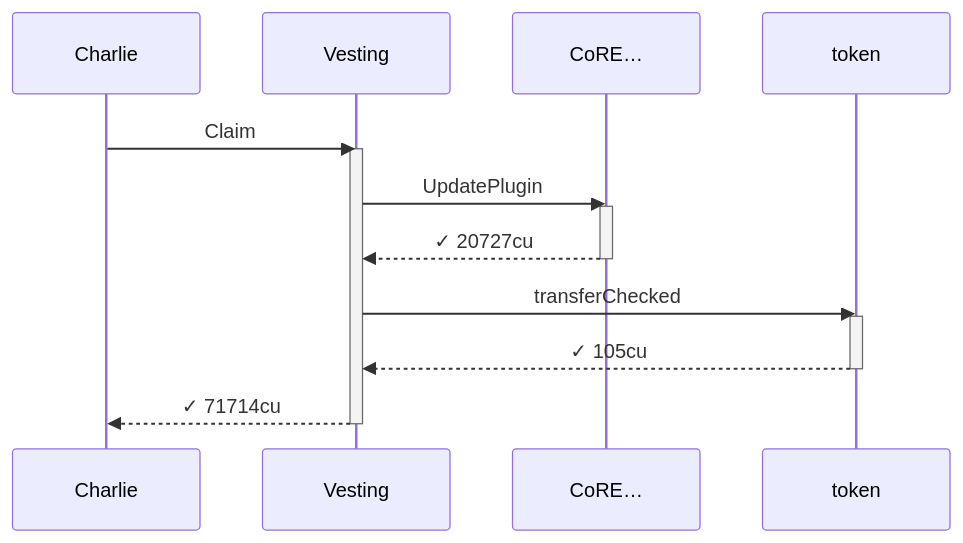
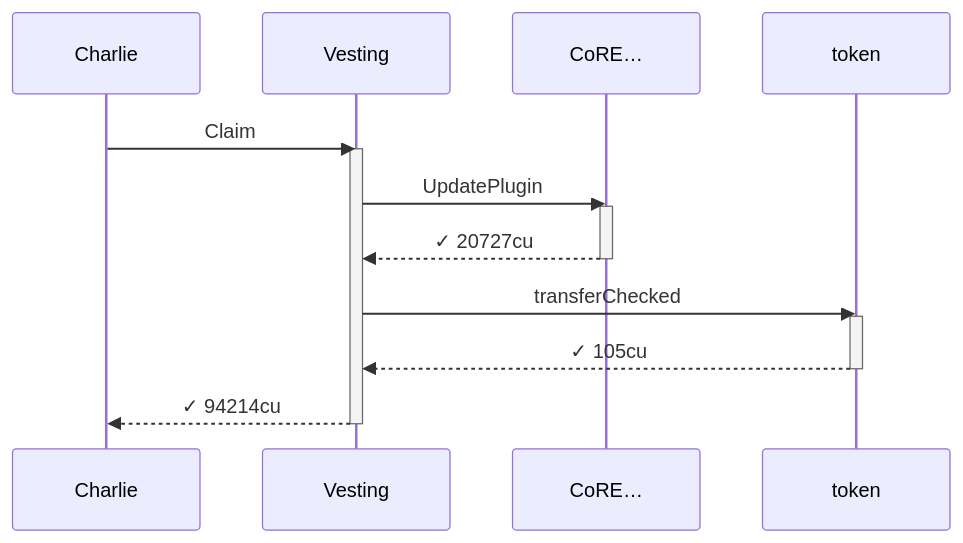
Before and after one commit to cds-turbin3/vesting-position: diagram 25 of 36 in babelfish-tests/test-report/full_lifecycle.md, drawn with Mermaid. The commit also changed other lines of this file and 106 other files, not shown here.

````diff
--- a/babelfish-tests/test-report/full_lifecycle.md
+++ b/babelfish-tests/test-report/full_lifecycle.md
@@ -1056,19 +1085,19 @@
 ```mermaid
 sequenceDiagram
     participant p0 as Charlie
     participant p1 as Vesting
     participant p2 as CoRE…
     participant p3 as token
     p0->>p1: Claim
     activate p1
     p1->>p2: UpdatePlugin
     activate p2
     p2-->>p1: ✓ 20727cu
     deactivate p2
     p1->>p3: transferChecked
     activate p3
     p3-->>p1: ✓ 105cu
     deactivate p3
-    p1-->>p0: ✓ 71714cu
+    p1-->>p0: ✓ 94214cu
     deactivate p1
 ```
````
